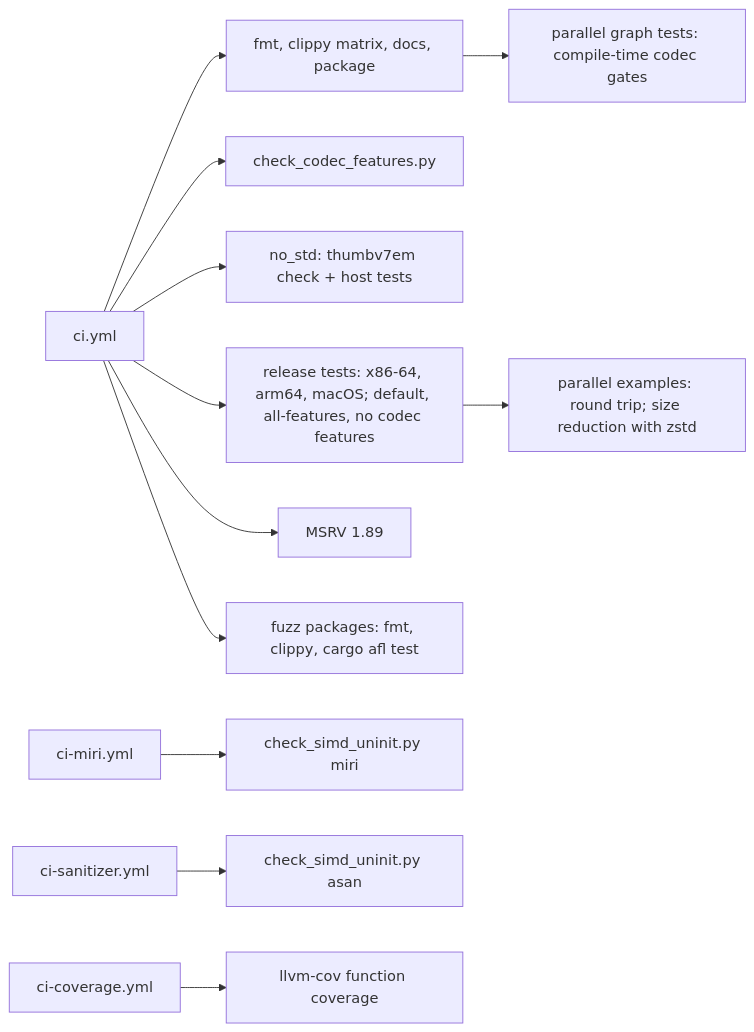
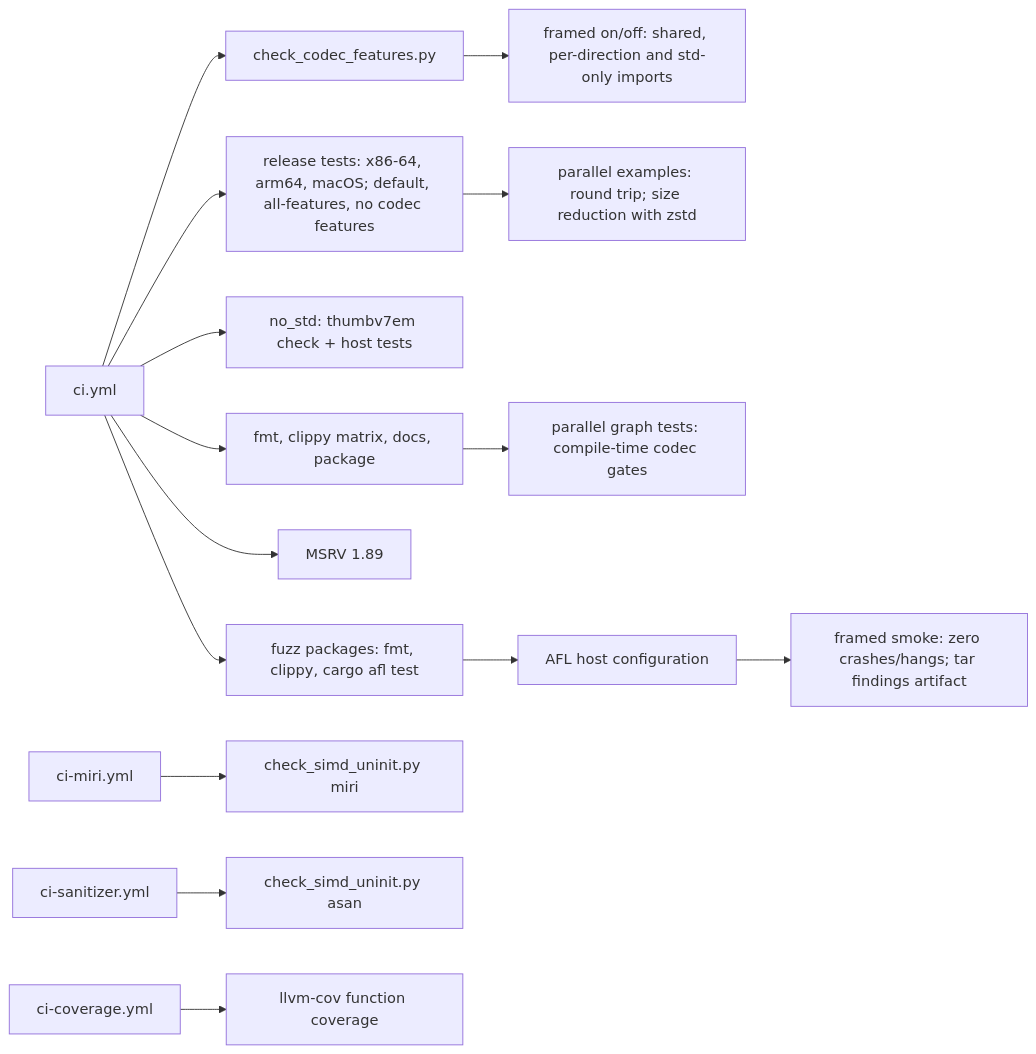
The third of 4 diagrams in architecture/ci.md (M-Compressors/mopenzl), drawn with Mermaid before and after one commit. The commit also changed other lines of this file and 5 other files, not shown here.

````diff
--- a/architecture/ci.md
+++ b/architecture/ci.md
@@ -101,14 +110,17 @@
 ```mermaid
 flowchart LR
     CI[ci.yml] --> L[fmt, clippy matrix, docs, package]
     CI --> F[check_codec_features.py]
+    F --> FR["framed on/off: shared, per-direction and std-only imports"]
     CI --> NS[no_std: thumbv7em check + host tests]
     CI --> T["release tests: x86-64, arm64, macOS; default, all-features, no codec features"]
     T --> P["parallel examples: round trip; size reduction with zstd"]
     L --> G["parallel graph tests: compile-time codec gates"]
     CI --> MSRV[MSRV 1.89]
     CI --> FZ[fuzz packages: fmt, clippy, cargo afl test]
+    FZ --> AFC["AFL host configuration"]
+    AFC --> AFS["framed smoke: zero crashes/hangs; tar findings artifact"]
     MI[ci-miri.yml] --> SU[check_simd_uninit.py miri]
     SA[ci-sanitizer.yml] --> SU2[check_simd_uninit.py asan]
     COV[ci-coverage.yml] --> LC[llvm-cov function coverage]
 ```
````
